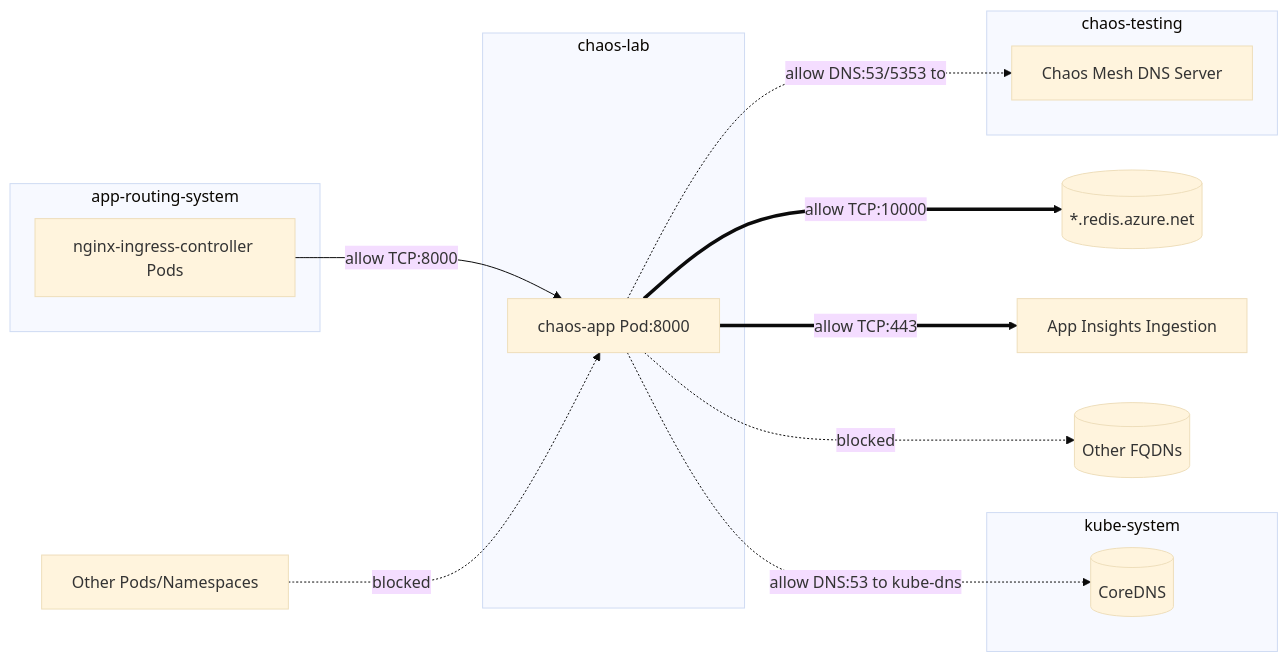
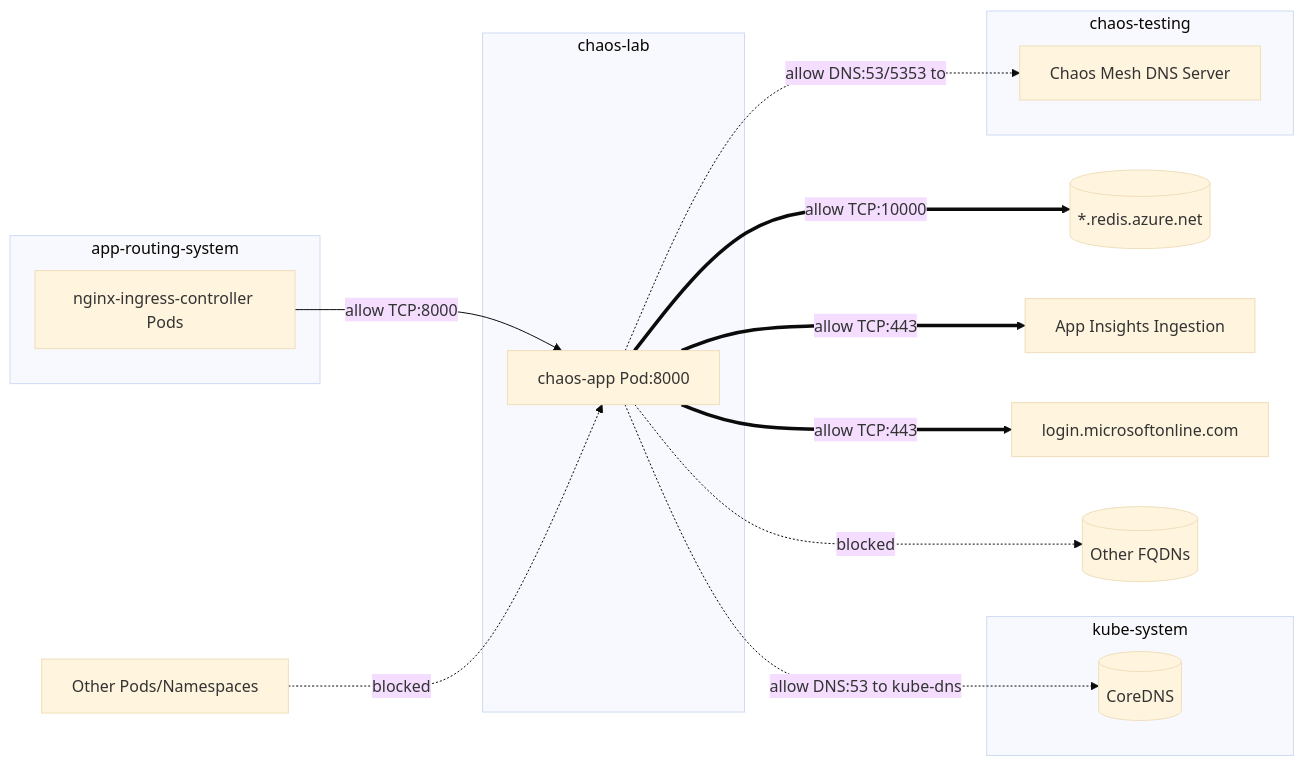
The third of 3 diagrams in docs/design.md (torumakabe/aks-chaos-lab), drawn with Mermaid (base theme) before and after one commit. The commit also changed other lines of this file, not shown here.

Commit message:
docs: fix missing flow

````diff
--- a/docs/design.md
+++ b/docs/design.md
@@ -202,22 +180,23 @@
 ```mermaid
 flowchart LR
   subgraph app-routing-system
     NGINX[nginx-ingress-controller Pods]
   end
   subgraph chaos-lab
     APP[chaos-app Pod:8000]
   end
   subgraph kube-system
     DNS[(CoreDNS)]
   end
   subgraph chaos-testing
     CHAOSDNS[Chaos Mesh DNS Server]
   end
   NGINX -- allow TCP:8000 --> APP
   OTHERS[Other Pods/Namespaces] -. blocked .-> APP
   APP -. allow DNS:53 to kube-dns .-> DNS
   APP -. allow DNS:53/5353 to .-> CHAOSDNS
   APP ==> |allow TCP:10000| REDIS[(*.redis.azure.net)]
   APP ==> |allow TCP:443| APM[App Insights Ingestion]
+  APP ==> |allow TCP:443| AAD[login.microsoftonline.com]
   APP -. blocked .-> WORLD[(Other FQDNs)]
 ```
````
